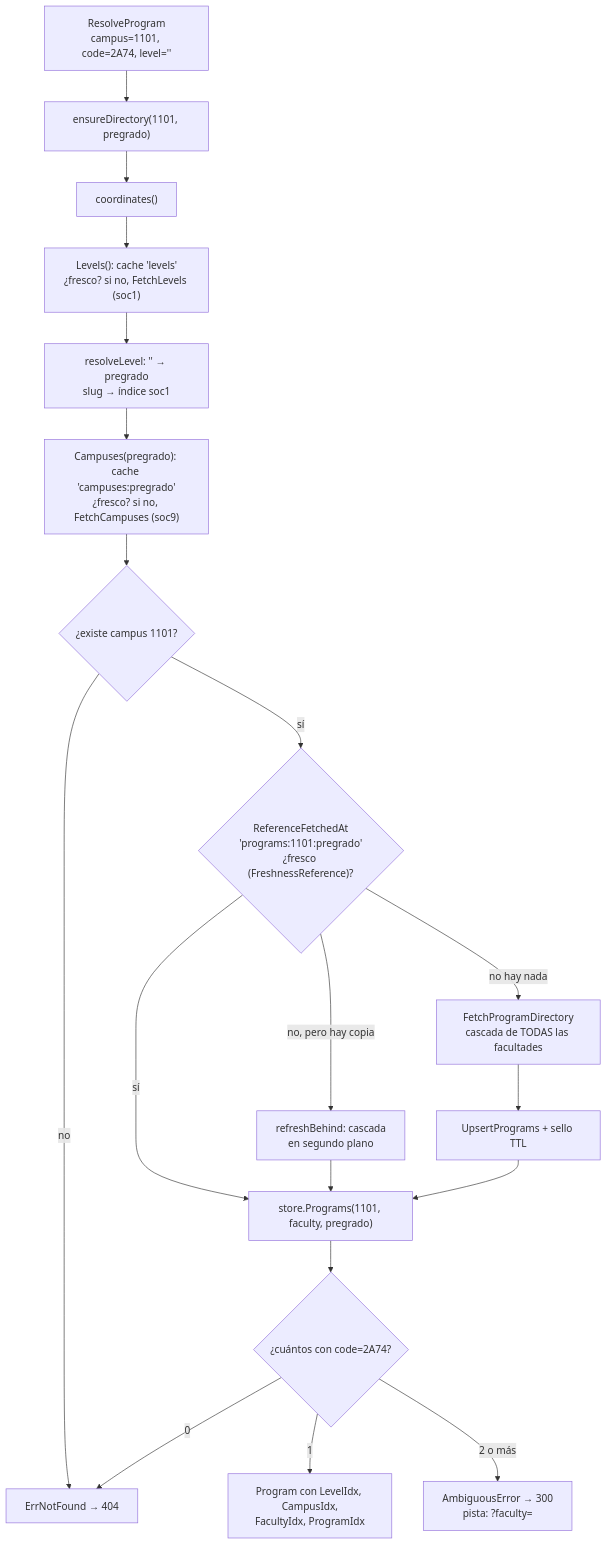
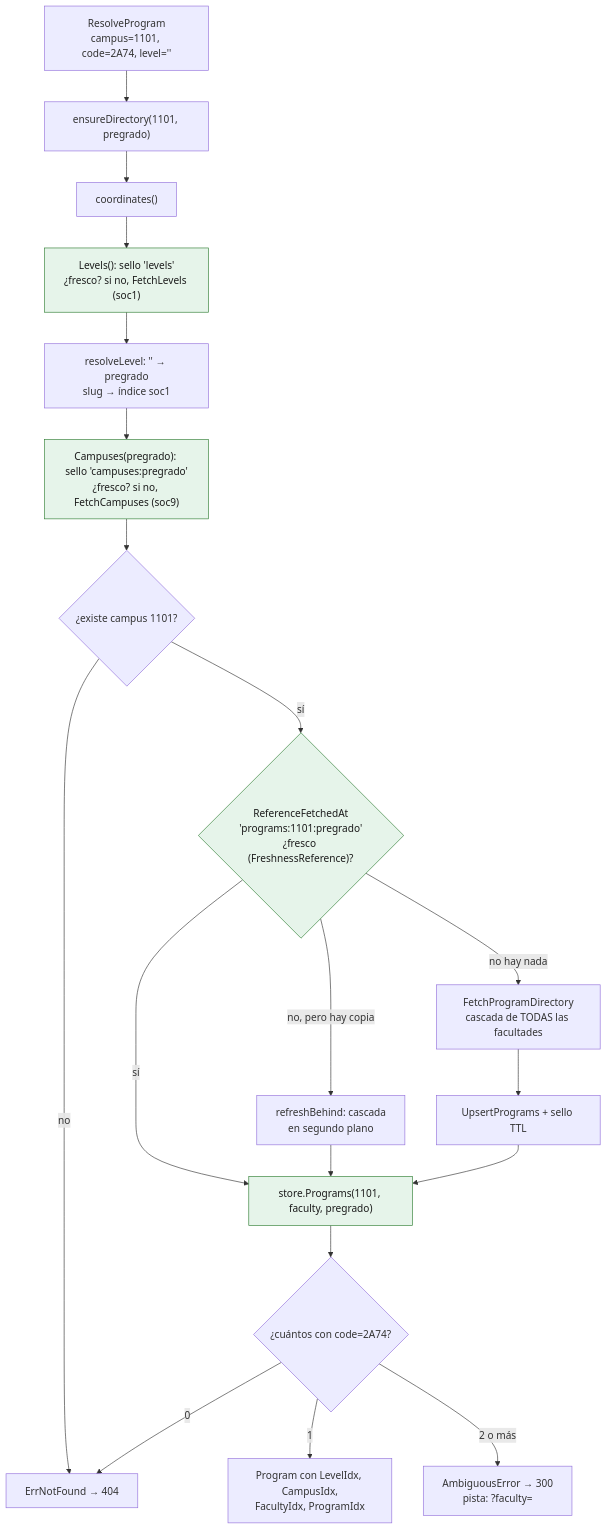
The eighth of 22 diagrams in docs/DIAGRAMS.md (gabotachak/sia-unal-bridge), drawn with Mermaid before and after one commit. The commit also changed other lines of this file, not shown here.

First line of the commit message:
docs: muestra la cache de referencia en los diagramas

````diff
--- a/docs/DIAGRAMS.md
+++ b/docs/DIAGRAMS.md
@@ -329,18 +332,21 @@
 ```mermaid
 flowchart TD
     req["ResolveProgram<br/>campus=1101, code=2A74, level=''"] --> ed["ensureDirectory(1101, pregrado)"]
     ed --> co["coordinates()"]
-    co --> lv["Levels(): cache 'levels'<br/>¿fresco? si no, FetchLevels (soc1)"]
+    co --> lv["Levels(): sello 'levels'<br/>¿fresco? si no, FetchLevels (soc1)"]
     lv --> rl["resolveLevel: '' → pregrado<br/>slug → índice soc1"]
-    rl --> cp["Campuses(pregrado): cache 'campuses:pregrado'<br/>¿fresco? si no, FetchCampuses (soc9)"]
+    rl --> cp["Campuses(pregrado): sello 'campuses:pregrado'<br/>¿fresco? si no, FetchCampuses (soc9)"]
     cp --> find{"¿existe campus 1101?"}
     find -- no --> nf["ErrNotFound → 404"]
     find -- sí --> dir{"ReferenceFetchedAt<br/>'programs:1101:pregrado'<br/>¿fresco (FreshnessReference)?"}
     dir -- sí --> read["store.Programs(1101, faculty, pregrado)"]
+
+    classDef cached fill:#e6f4ea,stroke:#2e7d32,color:#1b1b1b
+    class lv,cp,dir,read cached
     dir -- "no, pero hay copia" --> bg["refreshBehind: cascada<br/>en segundo plano"] --> read
     dir -- "no hay nada" --> fetch["FetchProgramDirectory<br/>cascada de TODAS las facultades"] --> up["UpsertPrograms + sello TTL"] --> read
     read --> match{"¿cuántos con code=2A74?"}
     match -- 0 --> nf
     match -- 1 --> ok["Program con LevelIdx, CampusIdx,<br/>FacultyIdx, ProgramIdx"]
     match -- "2 o más" --> amb["AmbiguousError → 300<br/>pista: ?faculty="]
 ```
````
